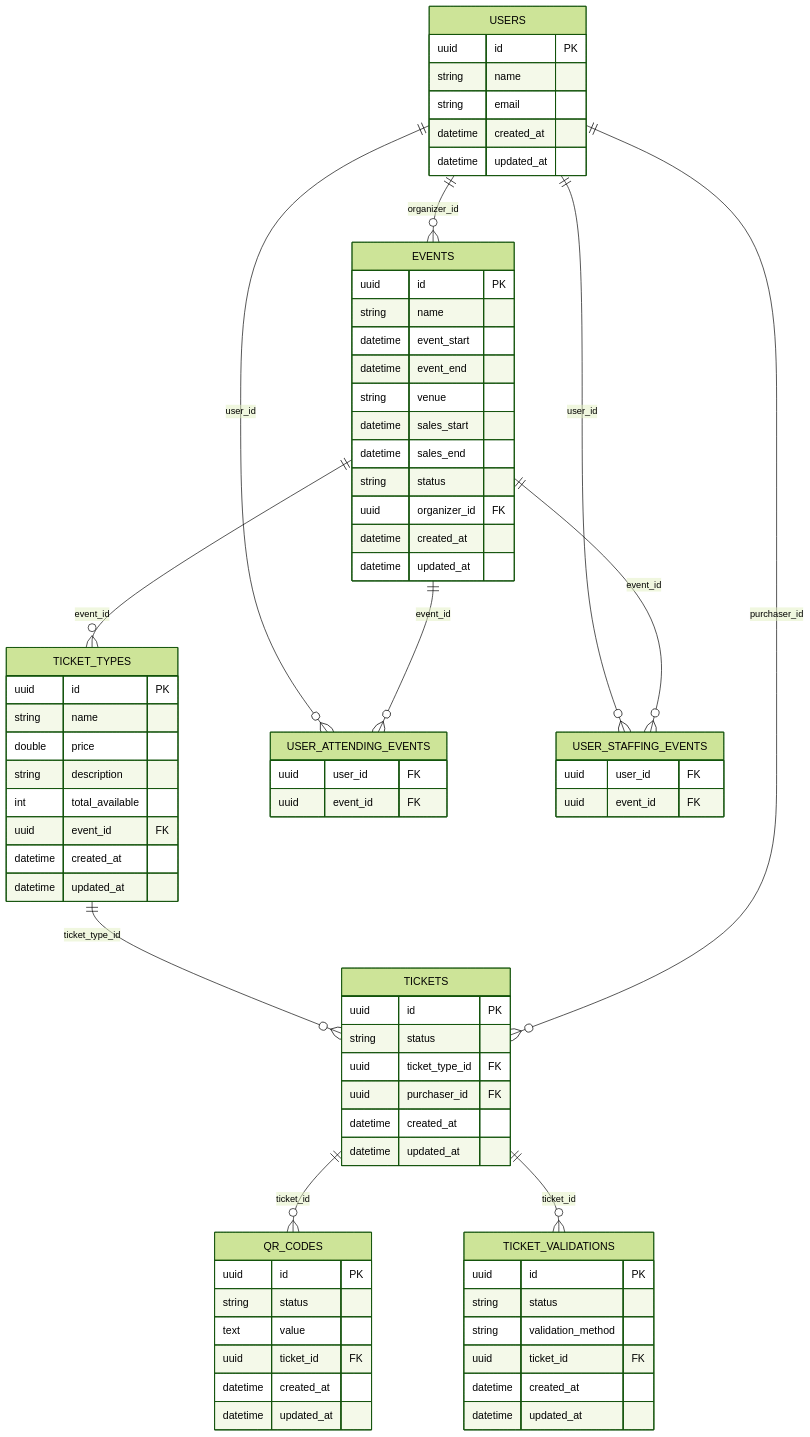
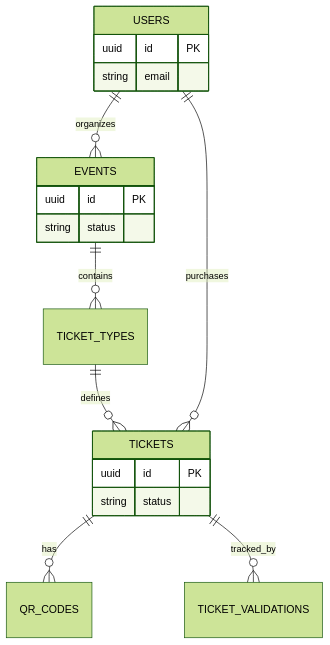
The sixth of 6 diagrams in README.md (himanshugupta91/TicketForge-Event-Ticket-Platform), drawn with Mermaid (forest theme) before and after one commit. The commit also changed other lines of this file and 1 other file, not shown here.

Commit message:
docs: enhance README.md with project branding, detailed sections, and updated diagrams.

````diff
--- a/README.md
+++ b/README.md
@@ -232,83 +225,22 @@
 ```mermaid
 erDiagram
+    USERS ||--o{ EVENTS : organizes
+    EVENTS ||--o{ TICKET_TYPES : contains
+    TICKET_TYPES ||--o{ TICKETS : defines
+    USERS ||--o{ TICKETS : purchases
+    TICKETS ||--o{ QR_CODES : has
+    TICKETS ||--o{ TICKET_VALIDATIONS : tracked_by
+
     USERS {
         uuid id PK
-        string name
         string email
-        datetime created_at
-        datetime updated_at
     }
-
     EVENTS {
         uuid id PK
-        string name
-        datetime event_start
-        datetime event_end
-        string venue
-        datetime sales_start
-        datetime sales_end
         string status
-        uuid organizer_id FK
-        datetime created_at
-        datetime updated_at
     }
-
-    TICKET_TYPES {
-        uuid id PK
-        string name
-        double price
-        string description
-        int total_available
-        uuid event_id FK
-        datetime created_at
-        datetime updated_at
-    }
-
     TICKETS {
         uuid id PK
         string status
-        uuid ticket_type_id FK
-        uuid purchaser_id FK
-        datetime created_at
-        datetime updated_at
     }
-
-    QR_CODES {
-        uuid id PK
-        string status
-        text value
-        uuid ticket_id FK
-        datetime created_at
-        datetime updated_at
-    }
-
-    TICKET_VALIDATIONS {
-        uuid id PK
-        string status
-        string validation_method
-        uuid ticket_id FK
-        datetime created_at
-        datetime updated_at
-    }
-
-    USER_ATTENDING_EVENTS {
-        uuid user_id FK
-        uuid event_id FK
-    }
-
-    USER_STAFFING_EVENTS {
-        uuid user_id FK
-        uuid event_id FK
-    }
-
-    USERS ||--o{ EVENTS : organizer_id
-    EVENTS ||--o{ TICKET_TYPES : event_id
-    TICKET_TYPES ||--o{ TICKETS : ticket_type_id
-    USERS ||--o{ TICKETS : purchaser_id
-    TICKETS ||--o{ QR_CODES : ticket_id
-    TICKETS ||--o{ TICKET_VALIDATIONS : ticket_id
-    USERS ||--o{ USER_ATTENDING_EVENTS : user_id
-    EVENTS ||--o{ USER_ATTENDING_EVENTS : event_id
-    USERS ||--o{ USER_STAFFING_EVENTS : user_id
-    EVENTS ||--o{ USER_STAFFING_EVENTS : event_id
 ```
````
